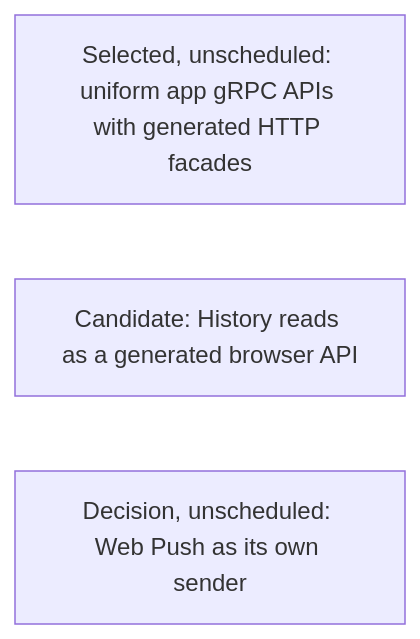
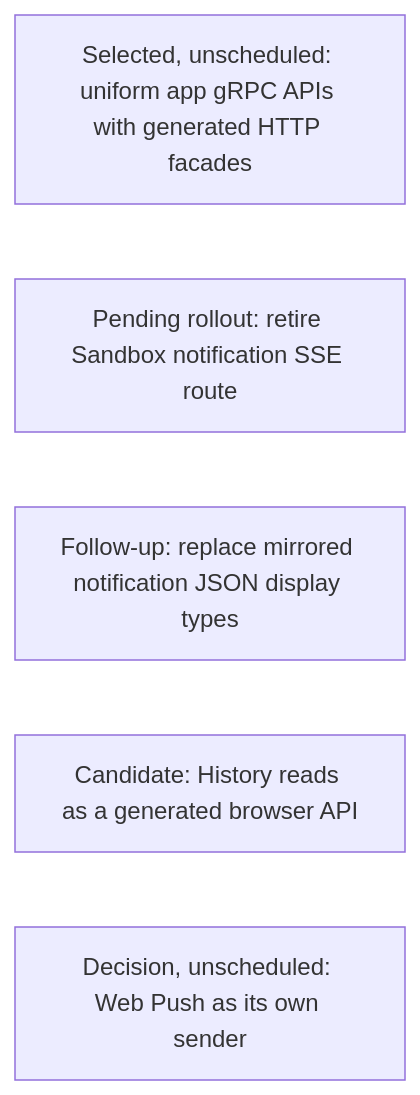
One commit to agentydragon/ducktape changed diagram 16 of 18 in agentplane/plans/task_dag.md. Above: the diagram before and after it, drawn with Mermaid. The commit also changed other lines of this file and 13 other files, not shown here.

Commit message:
Migrate Sandbox notification watch to generated facade

````diff
--- a/agentplane/plans/task_dag.md
+++ b/agentplane/plans/task_dag.md
@@ -2173,6 +2173,8 @@
 ```mermaid
 flowchart LR
     APP_API_GRPC_FACADE[Selected, unscheduled: uniform app gRPC APIs with generated HTTP facades]
+    SANDBOX_NOTIFICATION_SSE_RETIRE[Pending rollout: retire Sandbox notification SSE route]
+    SANDBOX_NOTIFICATION_VIEWMODEL[Follow-up: replace mirrored notification JSON display types]
     HISTORY_READS_FACADE[Candidate: History reads as a generated browser API]
     WEB_PUSH_SERVICE[Decision, unscheduled: Web Push as its own sender]
 ```
````
